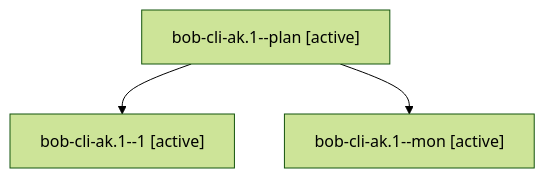
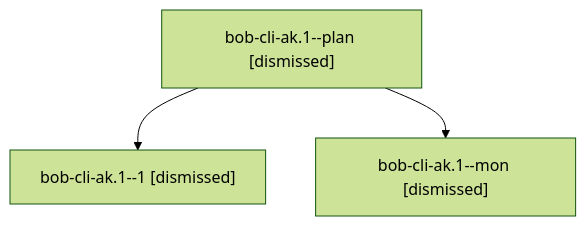
Before and after one commit to bobs-org/bob-cli--agents: the diagram in sessions/bbugyi200.apollo.bob-cli-ak.1.md, drawn with Mermaid (forest theme). The commit also changed other lines of this file and 225 other files, not shown here.

````diff
--- a/sessions/bbugyi200.apollo.bob-cli-ak.1.md
+++ b/sessions/bbugyi200.apollo.bob-cli-ak.1.md
@@ -9,8 +9,8 @@
 ```mermaid
 flowchart TD
-  n0["bob-cli-ak.1--plan [active]"]
-  n1["bob-cli-ak.1--1 [active]"]
+  n0["bob-cli-ak.1--plan [dismissed]"]
+  n1["bob-cli-ak.1--1 [dismissed]"]
   n0 --> n1
-  n2["bob-cli-ak.1--mon [active]"]
+  n2["bob-cli-ak.1--mon [dismissed]"]
   n0 --> n2
 ```
````
